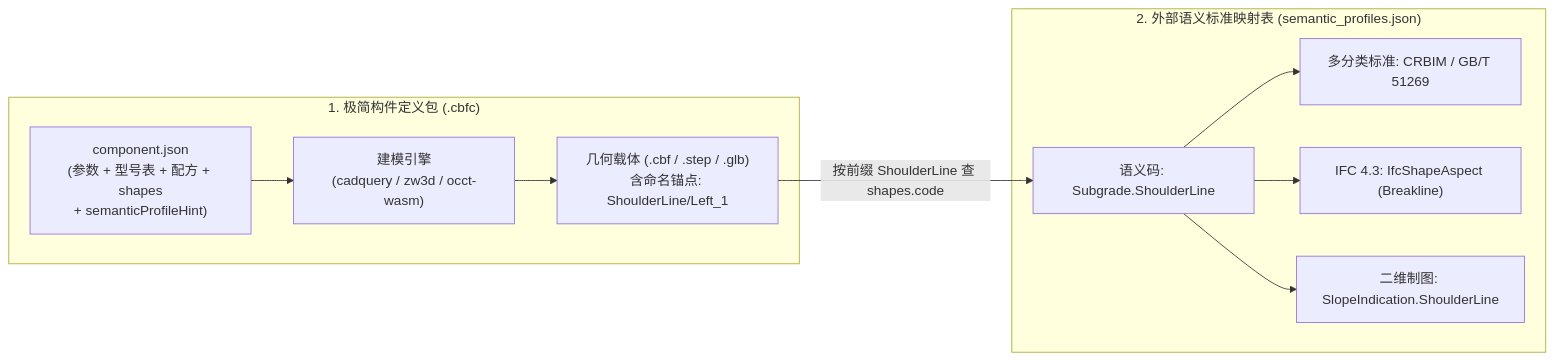
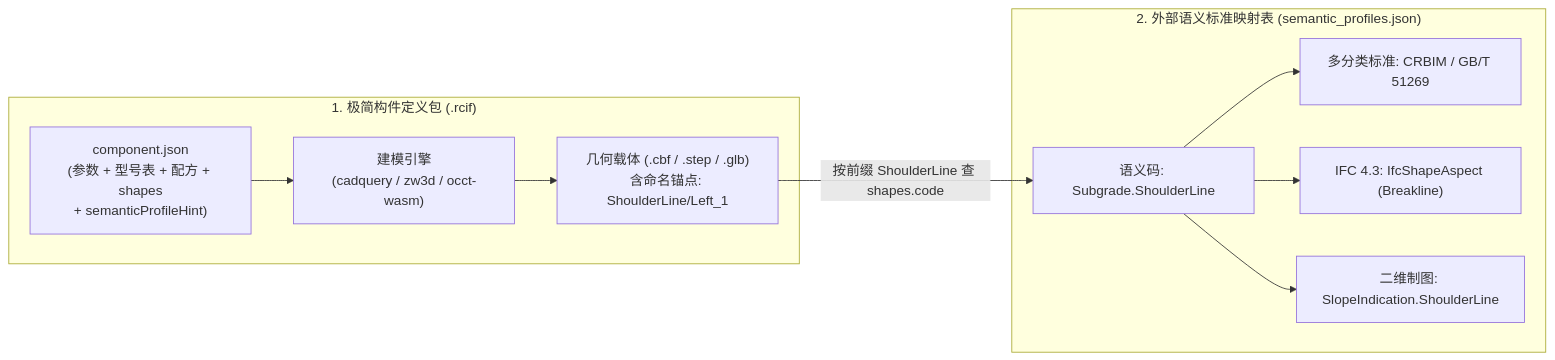
The diagram in docs/cbf_c_component_format_spec_v1.3.2.md (ymqhyq/QtOCCTApp), drawn with Mermaid before and after one commit. The commit also changed other lines of this file and 235 other files, not shown here.

Commit message:
refactor: rename CBFC to RCIF across project

````diff
--- a/docs/cbf_c_component_format_spec_v1.3.2.md
+++ b/docs/cbf_c_component_format_spec_v1.3.2.md
@@ -50,19 +50,19 @@
 ```mermaid
 flowchart LR
-    subgraph CBFC ["1. 极简构件定义包 (.cbfc)"]
+    subgraph RCIF ["1. 极简构件定义包 (.rcif)"]
         CJ["component.json<br/>(参数 + 型号表 + 配方 + shapes<br/>+ semanticProfileHint)"]
         GEN["建模引擎<br/>(cadquery / zw3d / occt-wasm)"]
         CBF["几何载体 (.cbf / .step / .glb)<br/>含命名锚点: ShoulderLine/Left_1"]
         CJ --> GEN --> CBF
     end
 
     subgraph PROFILE ["2. 外部语义标准映射表 (semantic_profiles.json)"]
         CODE["语义码: Subgrade.ShoulderLine"]
         CLS["多分类标准: CRBIM / GB/T 51269"]
         IFC["IFC 4.3: IfcShapeAspect (Breakline)"]
         DRW["二维制图: SlopeIndication.ShoulderLine"]
         CODE --> CLS & IFC & DRW
     end
 
     CBF -- "按前缀 ShoulderLine 查 shapes.code" --> CODE
 ```
````
